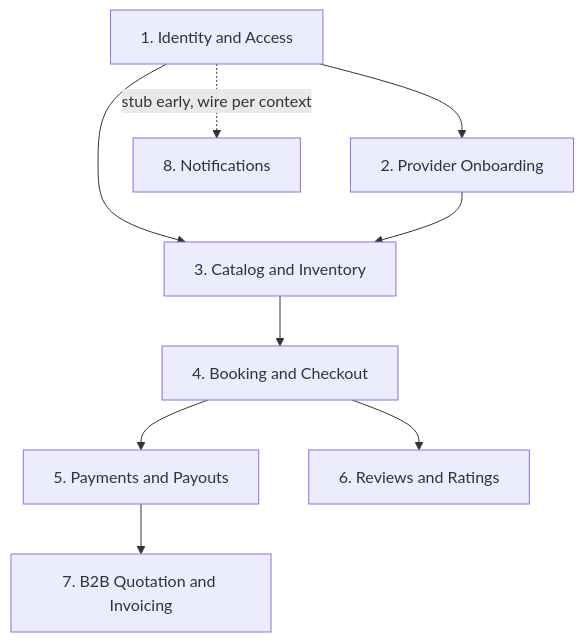
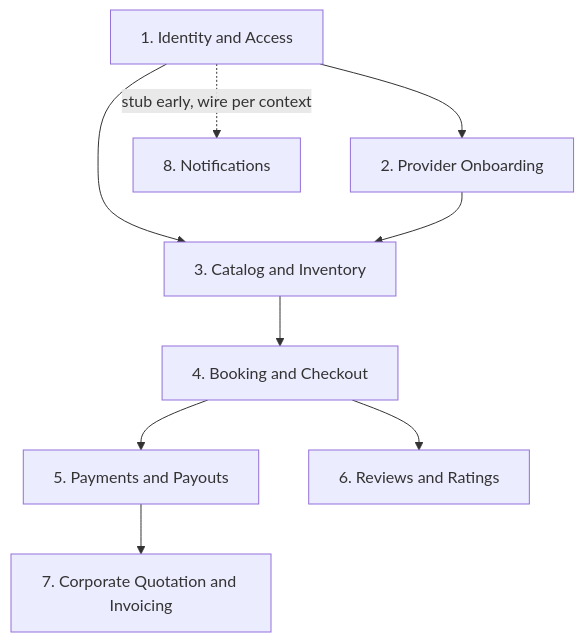
The diagram in docs/roadmap/index.md (markmamba/redcab-docs), drawn with Mermaid before and after one commit. The commit also changed other lines of this file and 61 other files, not shown here.

````diff
--- a/docs/roadmap/index.md
+++ b/docs/roadmap/index.md
@@ -85,11 +85,11 @@
 ```mermaid
 graph TD
   IAM[1. Identity and Access] --> PRV[2. Provider Onboarding]
   IAM --> CAT[3. Catalog and Inventory]
   PRV --> CAT
   CAT --> BKG[4. Booking and Checkout]
   BKG --> PAY[5. Payments and Payouts]
   BKG --> REV[6. Reviews and Ratings]
-  PAY --> B2B[7. B2B Quotation and Invoicing]
+  PAY --> CORP[7. Corporate Quotation and Invoicing]
   IAM -. stub early, wire per context .-> NOT[8. Notifications]
 ```
````
